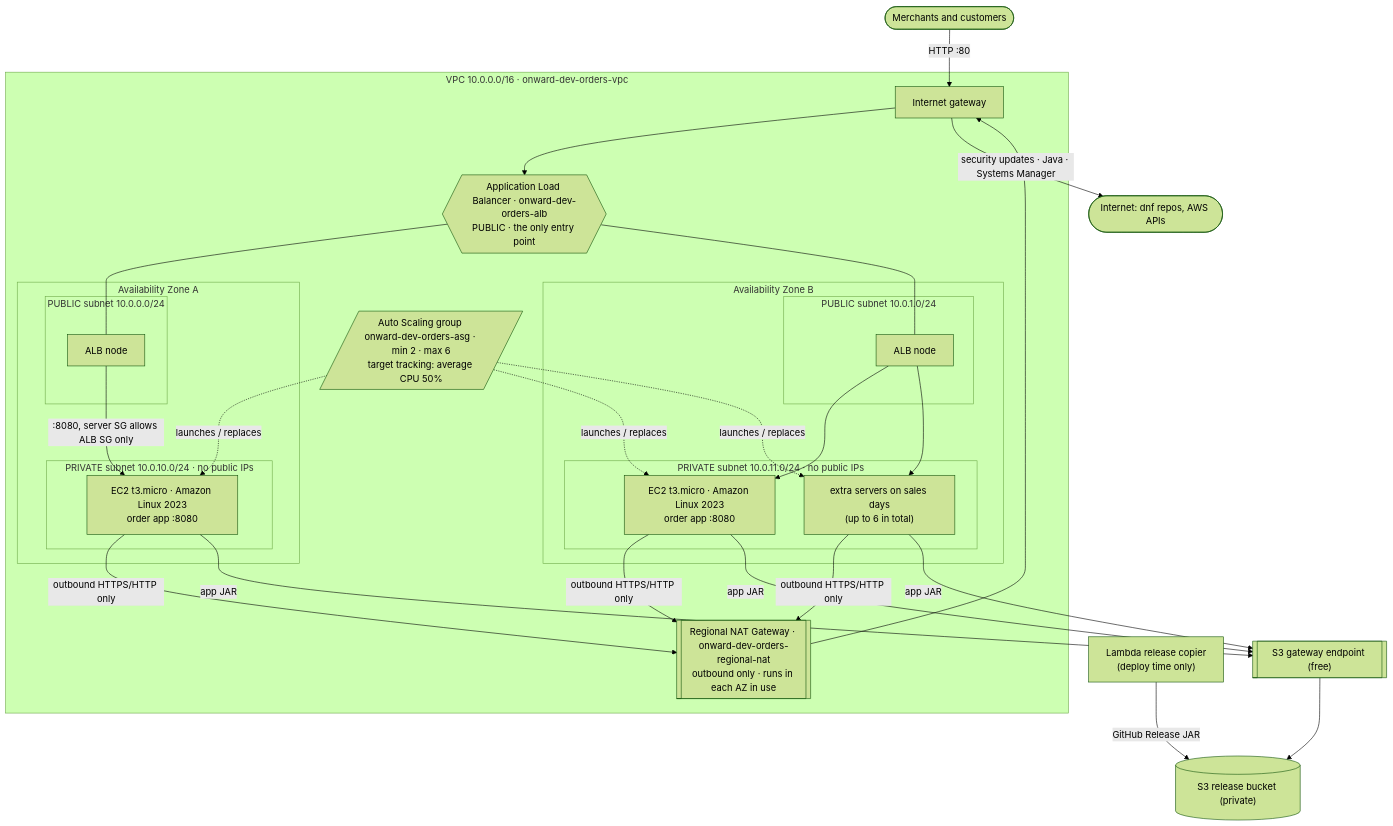
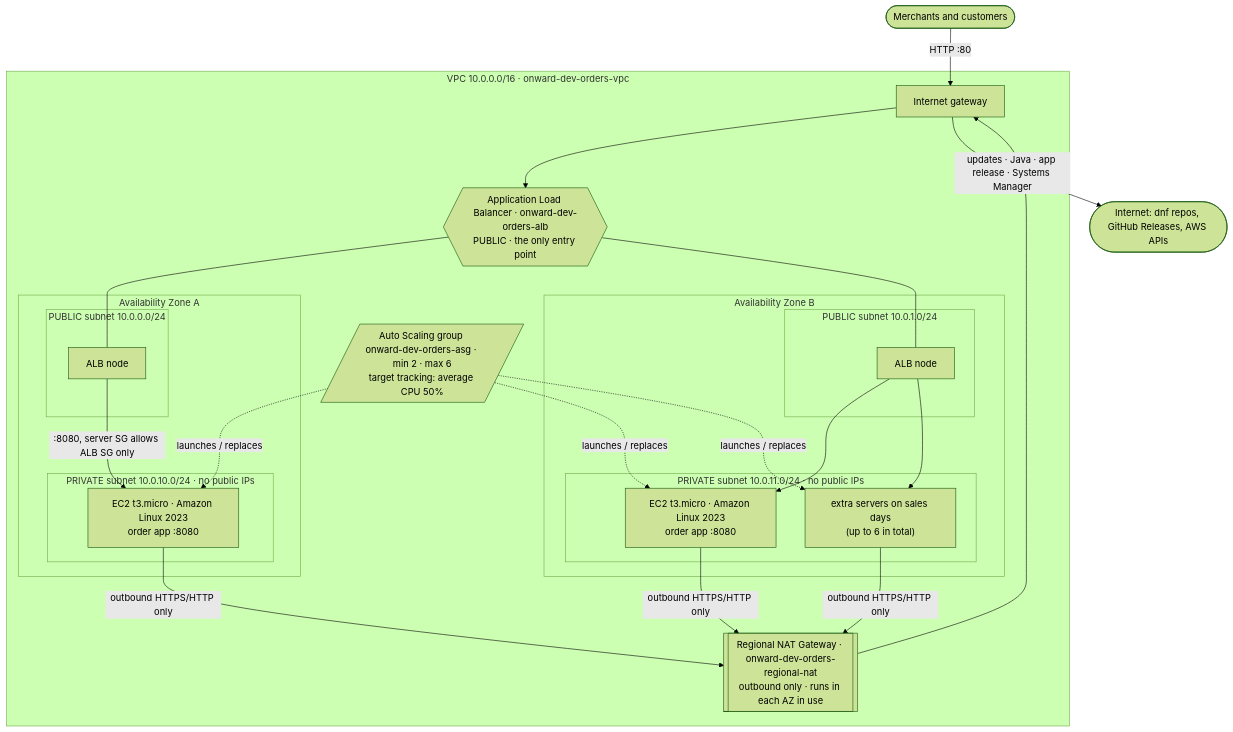
Before and after one commit to jadofils/week3-aws-lab1-compute-server-container-practical-solution: the first of 4 diagrams in docs/architecture/README.md, drawn with Mermaid (forest theme). The commit also changed other lines of this file and 7 other files, not shown here.

Commit message:
docs: align docs and diagram with the simplified template

````diff
--- a/docs/architecture/README.md
+++ b/docs/architecture/README.md
@@ -9,43 +9,40 @@
 ```mermaid
 flowchart TB
   user([Merchants and customers]) -->|HTTP :80| igw
 
   subgraph vpc["VPC 10.0.0.0/16 · onward-dev-orders-vpc"]
     igw[Internet gateway]
     alb{{"Application Load Balancer · onward-dev-orders-alb<br/>PUBLIC · the only entry point"}}
     nat[["Regional NAT Gateway · onward-dev-orders-regional-nat<br/>outbound only · runs in each AZ in use"]]
 
     subgraph azA["Availability Zone A"]
       subgraph pubA["PUBLIC subnet 10.0.0.0/24"]
         albA[ALB node]
       end
       subgraph privA["PRIVATE subnet 10.0.10.0/24 · no public IPs"]
         ec2A["EC2 t3.micro · Amazon Linux 2023<br/>order app :8080"]
       end
     end
 
     subgraph azB["Availability Zone B"]
       subgraph pubB["PUBLIC subnet 10.0.1.0/24"]
         albB[ALB node]
       end
       subgraph privB["PRIVATE subnet 10.0.11.0/24 · no public IPs"]
         ec2B["EC2 t3.micro · Amazon Linux 2023<br/>order app :8080"]
         ec2C["extra servers on sales days<br/>(up to 6 in total)"]
       end
     end
 
     asg[/"Auto Scaling group onward-dev-orders-asg · min 2 · max 6<br/>target tracking: average CPU 50%"/]
   end
 
   igw --> alb
   alb --- albA & albB
   albA -->|":8080, server SG allows ALB SG only"| ec2A
   albB --> ec2B & ec2C
   asg -. launches / replaces .-> ec2A & ec2B & ec2C
   ec2A & ec2B & ec2C -->|outbound HTTPS/HTTP only| nat
   nat --> igw
-  igw -->|security updates · Java · Systems Manager| internet([Internet: dnf repos, AWS APIs])
-  ec2A & ec2B & ec2C -->|app JAR| s3gw[["S3 gateway endpoint (free)"]]
-  s3gw --> bucket[("S3 release bucket (private)")]
-  copier["Lambda release copier<br/>(deploy time only)"] -->|GitHub Release JAR| bucket
+  igw -->|updates · Java · app release · Systems Manager| internet([Internet: dnf repos, GitHub Releases, AWS APIs])
 ```
````
